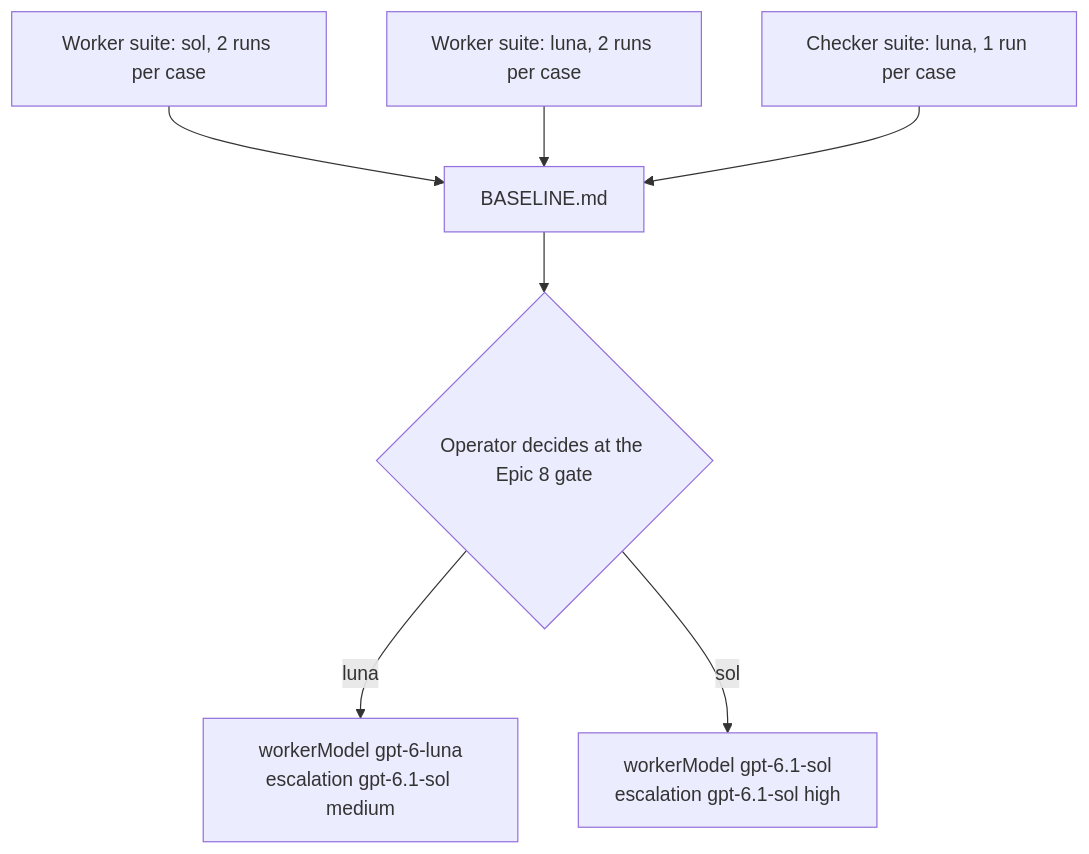
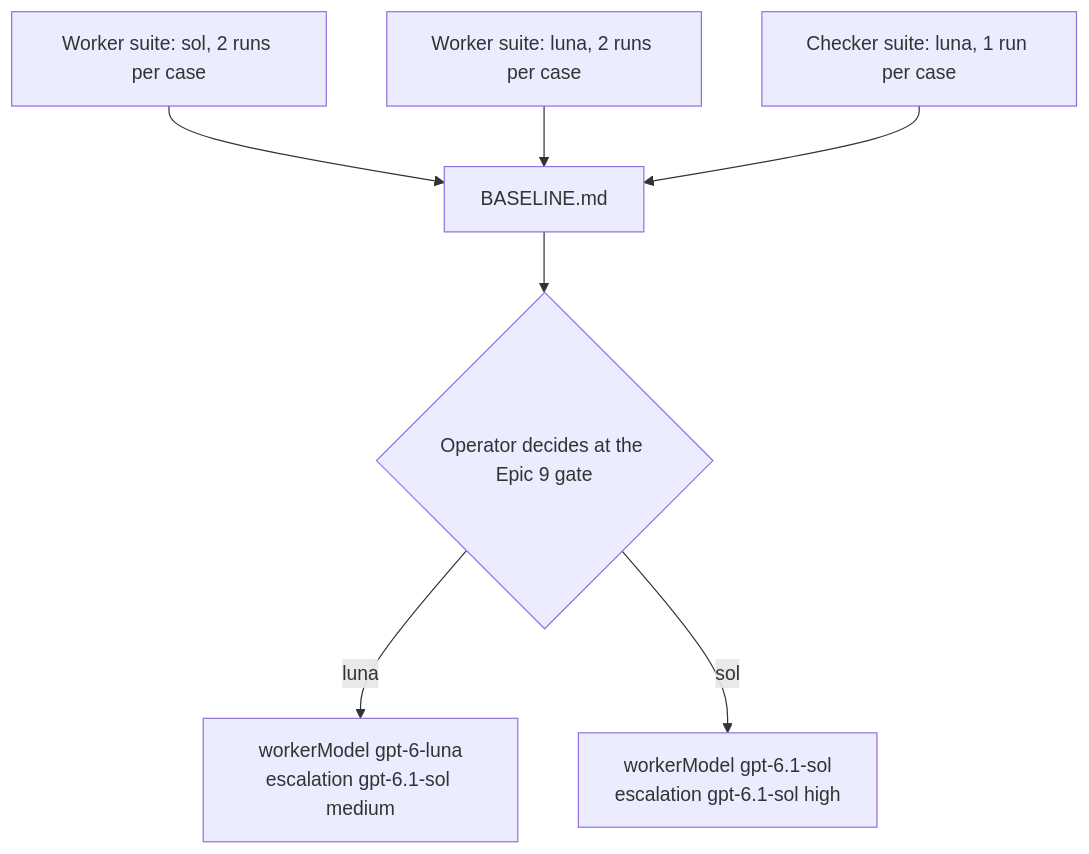
Before and after one commit to Crank-Git/issue-flow-codex: the second of 2 diagrams in docs/specs/features/10-worker-model-eval.md, drawn with Mermaid. The commit also changed other lines of this file and 4 other files, not shown here.

````diff
--- a/docs/specs/features/10-worker-model-eval.md
+++ b/docs/specs/features/10-worker-model-eval.md
@@ -107,9 +107,9 @@
 ```mermaid
 flowchart TD
     A["Worker suite: sol, 2 runs per case"] --> C["BASELINE.md"]
     B["Worker suite: luna, 2 runs per case"] --> C
     D["Checker suite: luna, 1 run per case"] --> C
-    C --> E{"Operator decides at the Epic 8 gate"}
+    C --> E{"Operator decides at the Epic 9 gate"}
     E -- "luna" --> F["workerModel gpt-6-luna<br/>escalation gpt-6.1-sol medium"]
     E -- "sol" --> G["workerModel gpt-6.1-sol<br/>escalation gpt-6.1-sol high"]
 ```
````
